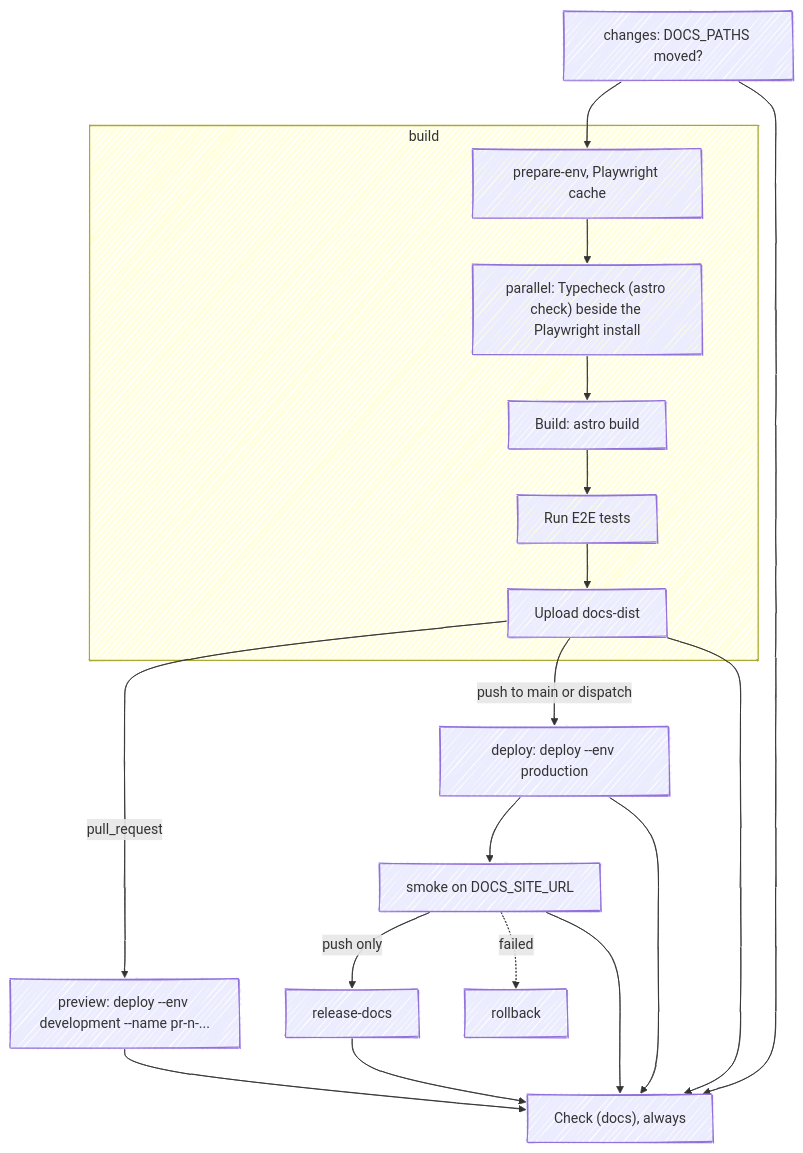
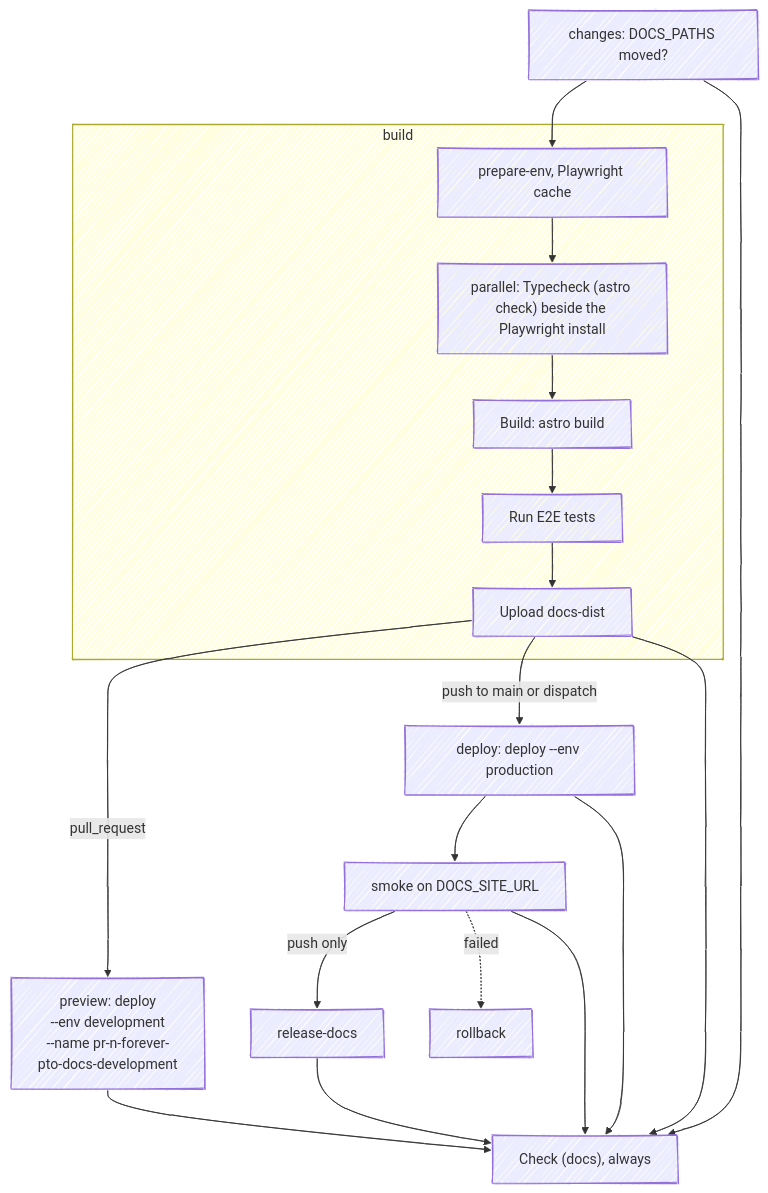
The diagram in apps/docs/src/content/docs/infra/docs-ci.mdx (fbuireu/forever-pto), drawn with Mermaid before and after one commit. The commit also changed 7 other files, not shown here.

First line of the commit message:
docs(docs): keep diagram labels verbatim and legible, and draw gantt days in the planner's colours

````diff
--- a/apps/docs/src/content/docs/infra/docs-ci.mdx
+++ b/apps/docs/src/content/docs/infra/docs-ci.mdx
@@ -12,19 +12,19 @@
 ```mermaid
 ---
 config:
   look: handDrawn
   layout: dagre
 ---
 flowchart TD
   CH["changes: DOCS_PATHS moved?"] --> PE
   subgraph B ["build"]
     PE["prepare-env, Playwright cache"] --> PAR["parallel: Typecheck (astro check) beside the Playwright install"]
     PAR --> BLD["Build: astro build"] --> E2E["Run E2E tests"] --> ART["Upload docs-dist"]
   end
-  ART -->|pull_request| PV["preview: deploy --env development --name pr-n-..."]
+  ART -->|pull_request| PV["preview: deploy<br/>--env development<br/>--name pr-n-forever-<br/>pto-docs-development"]
   ART -->|"push to main or dispatch"| D["deploy: deploy --env production"]
   D --> S["smoke on DOCS_SITE_URL"]
   S -->|push only| R["release-docs"]
   S -. failed .-> RB["rollback"]
   CH & ART & PV & D & S & R --> CK["Check (docs), always"]
 ```
````
